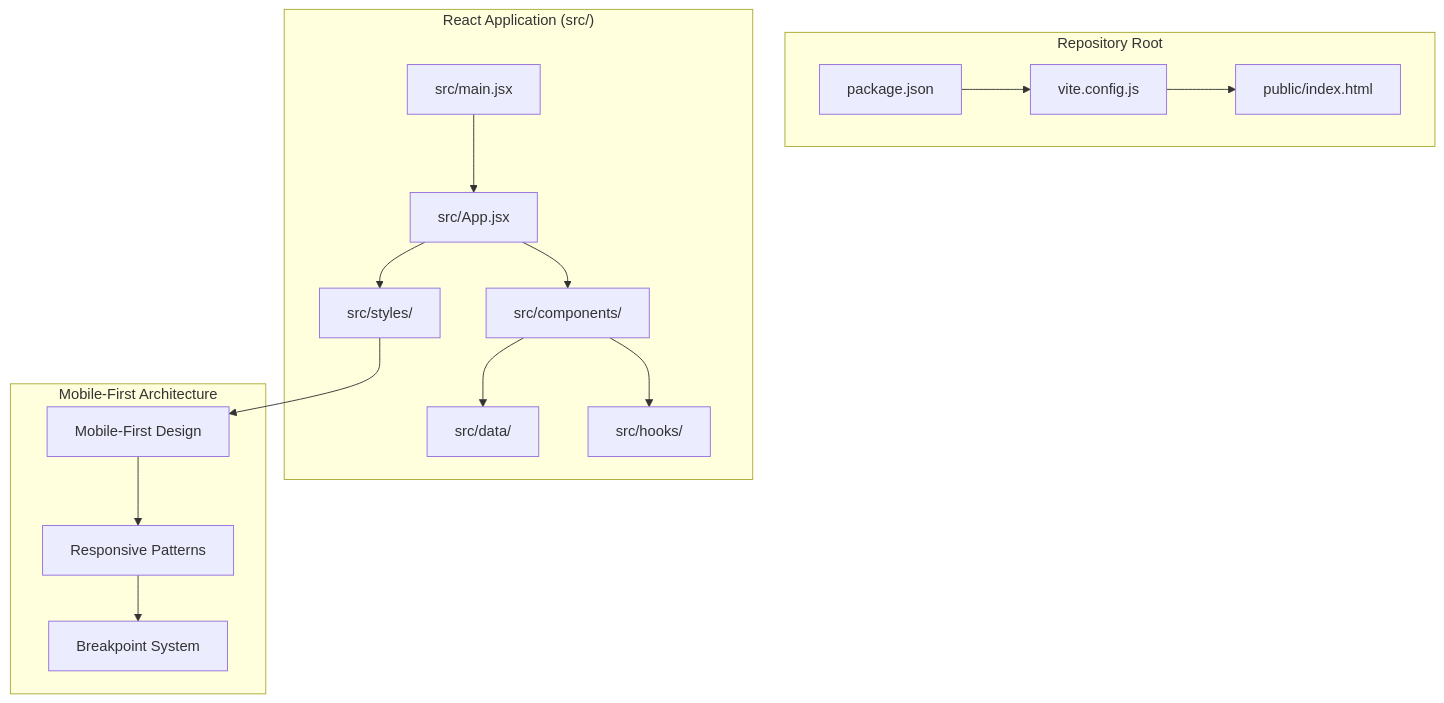
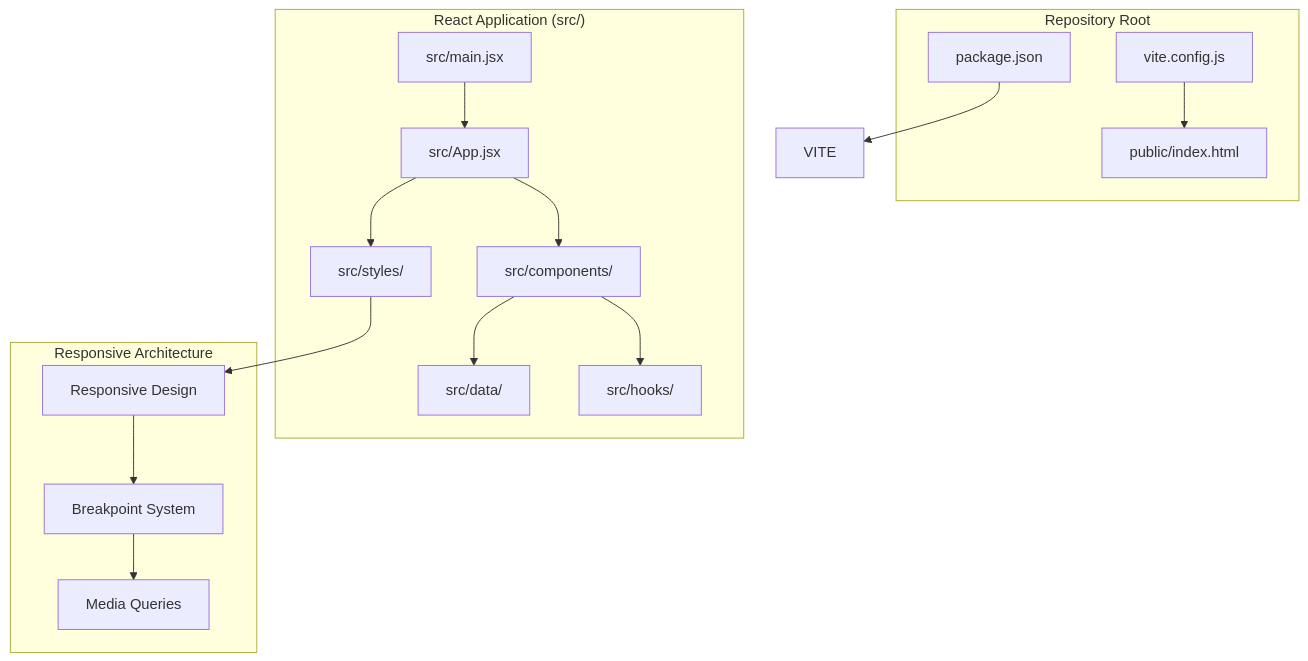
The first of 13 diagrams in .qoder/repowiki/en/content/Application Architecture.md (rakeshmaity271/frankie-picasso), drawn with Mermaid before and after one commit. The commit also changed other lines of this file and 20 other files, not shown here.

````diff
--- a/.qoder/repowiki/en/content/Application Architecture.md
+++ b/.qoder/repowiki/en/content/Application Architecture.md
@@ -59,31 +59,31 @@
 ```mermaid
 graph TB
 subgraph "Repository Root"
 PJSON["package.json"]
 VCFG["vite.config.js"]
 PUBLIC["public/index.html"]
 end
 subgraph "React Application (src/)"
 MAIN["src/main.jsx"]
 APP["src/App.jsx"]
 COMPONENTS["src/components/"]
 STYLES["src/styles/"]
 DATA["src/data/"]
 HOOKS["src/hooks/"]
 end
-subgraph "Mobile-First Architecture"
-MOBILE["Mobile-First Design"]
-RESPONSIVE["Responsive Patterns"]
+subgraph "Responsive Architecture"
+RESPONSIVE["Responsive Design"]
 BREAKPOINTS["Breakpoint System"]
+MEDIAQUERIES["Media Queries"]
 end
-PJSON --> VCFG
+PJSON --> VITE
 VCFG --> PUBLIC
 MAIN --> APP
 APP --> COMPONENTS
 APP --> STYLES
 COMPONENTS --> DATA
 COMPONENTS --> HOOKS
-STYLES --> MOBILE
-MOBILE --> RESPONSIVE
+STYLES --> RESPONSIVE
 RESPONSIVE --> BREAKPOINTS
+BREAKPOINTS --> MEDIAQUERIES
 ```
````
